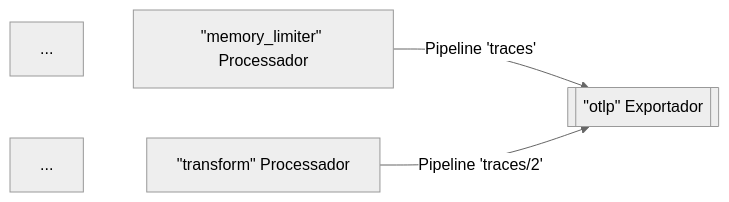
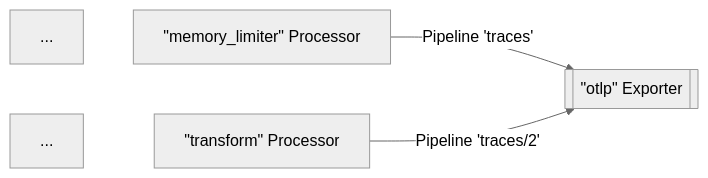
Before and after one commit to open-telemetry/opentelemetry.io: the third of 7 diagrams in content/pt/docs/collector/architecture.md, drawn with Mermaid (neutral theme). The commit also changed other lines of this file, not shown here.

Commit message:
GH-9427: narrow Portuguese architecture drift fix

````diff
--- a/content/pt/docs/collector/architecture.md
+++ b/content/pt/docs/collector/architecture.md
@@ -193,7 +192,7 @@
 ```mermaid
 flowchart LR
-  M1[...] ~~~ P1["`#quot;memory_limiter#quot; Processador`"]
-  M2[...] ~~~ P2["`#quot;transform#quot; Processador`"]
-  P1 -->|Pipeline 'traces'|E1[["`#quot;otlp#quot; Exportador`"]]
+  M1[...] ~~~ P1["`#quot;memory_limiter#quot; Processor`"]
+  M2[...] ~~~ P2["`#quot;transform#quot; Processor`"]
+  P1 -->|Pipeline 'traces'|E1[["`#quot;otlp#quot; Exporter`"]]
   P2 -->|Pipeline 'traces/2'|E1
 ```
````
